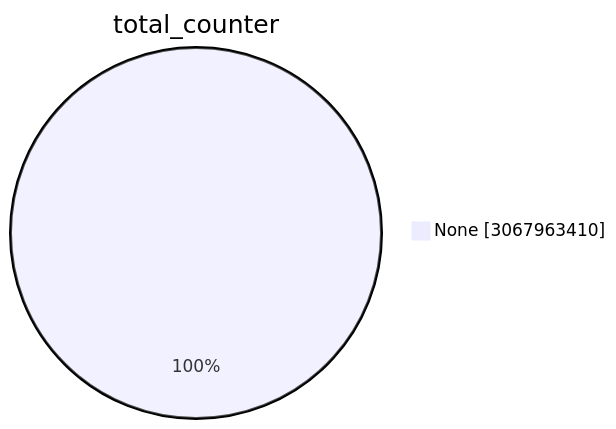
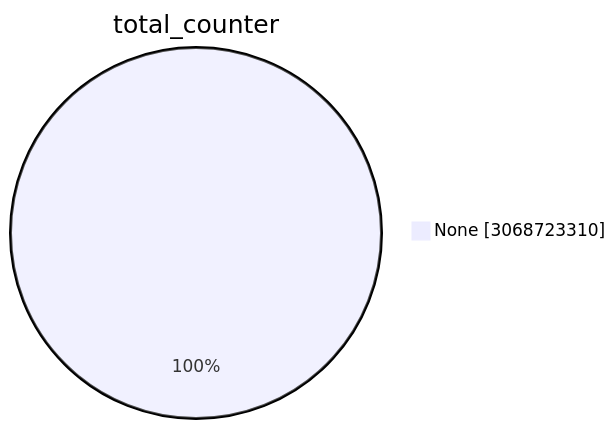
The first of 15 diagrams in TOTAL/README.md (christiankrug/ctmonitor_visualization), drawn with Mermaid before and after one commit. The commit also changed other lines of this file, not shown here.

````diff
--- a/TOTAL/README.md
+++ b/TOTAL/README.md
@@ -1,5 +1,5 @@
 ```mermaid
 pie showData
 title total_counter
-"None" :3067963410
+"None" :3068723310
 ```
````
